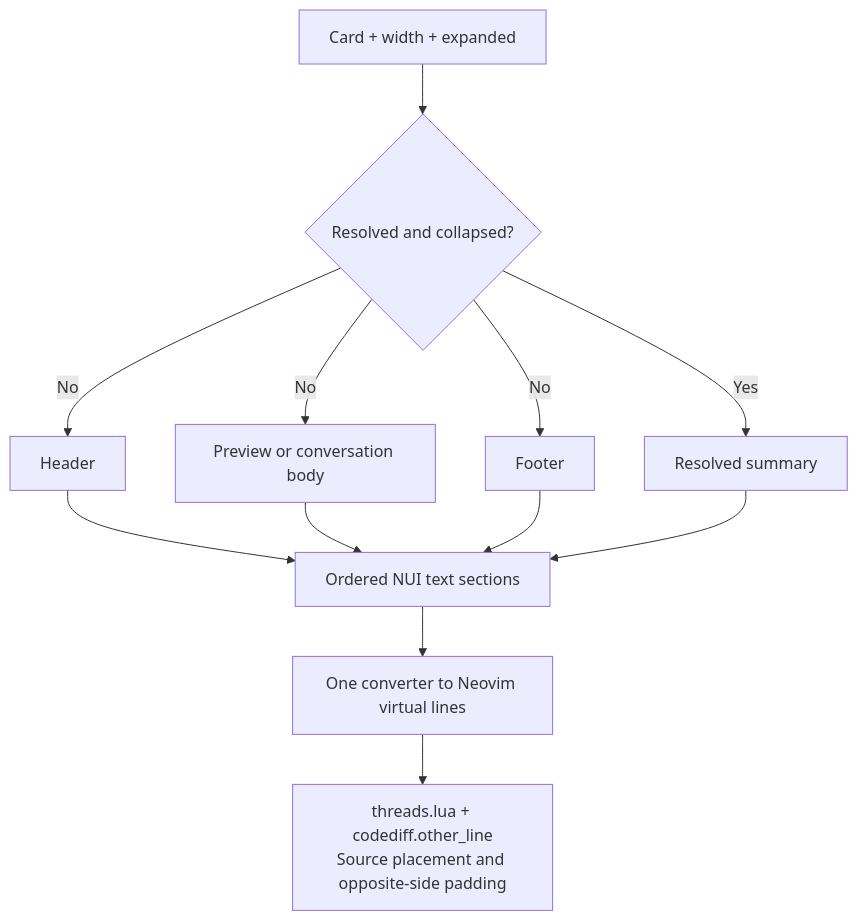
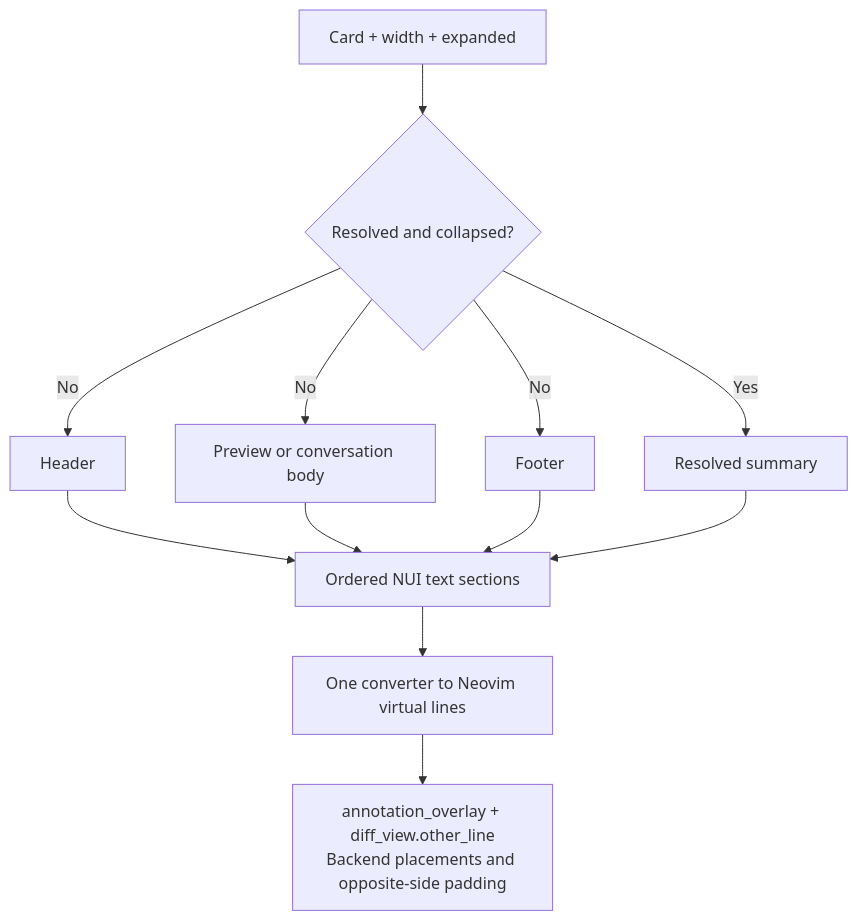
Before and after one commit to difflab-io/lgtm: the second of 2 diagrams in docs/architecture/lgtm.nvim/ui/cards.md, drawn with Mermaid. The commit also changed other lines of this file and 119 other files, not shown here.

````diff
--- a/docs/architecture/lgtm.nvim/ui/cards.md
+++ b/docs/architecture/lgtm.nvim/ui/cards.md
@@ -98,14 +98,14 @@
 ```mermaid
 flowchart TD
   Props["Card + width + expanded"] --> Mode{"Resolved and collapsed?"}
   Mode -->|"Yes"| Summary["Resolved summary"]
   Mode -->|"No"| Header["Header"]
   Mode -->|"No"| Body["Preview or conversation body"]
   Mode -->|"No"| Footer["Footer"]
   Header --> Sections["Ordered NUI text sections"]
   Body --> Sections
   Footer --> Sections
   Summary --> Sections
   Sections --> Adapter["One converter to Neovim virtual lines"]
-  Adapter --> Placement["threads.lua + codediff.other_line<br/>Source placement and opposite-side padding"]
+  Adapter --> Placement["annotation_overlay + diff_view.other_line<br/>Backend placements and opposite-side padding"]
 ```
````
